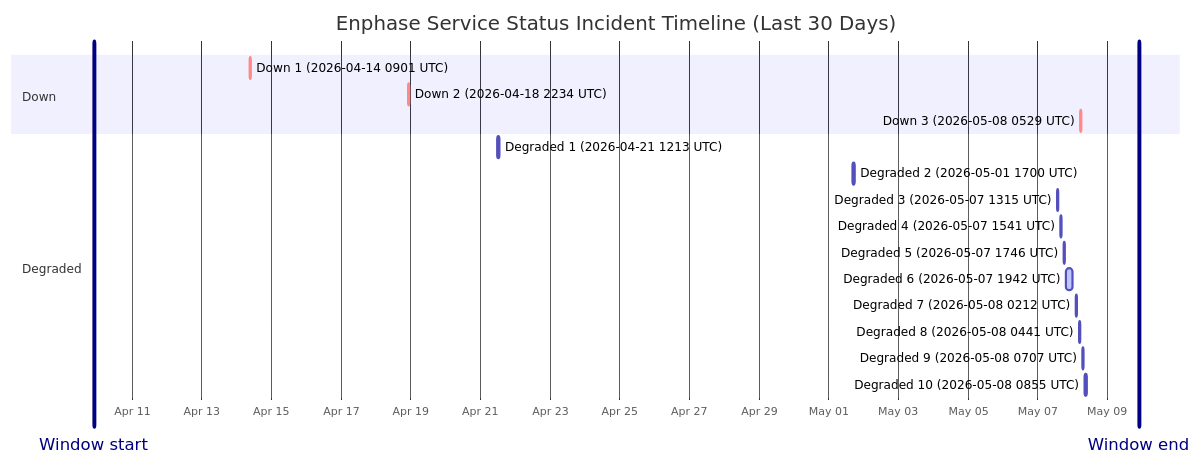
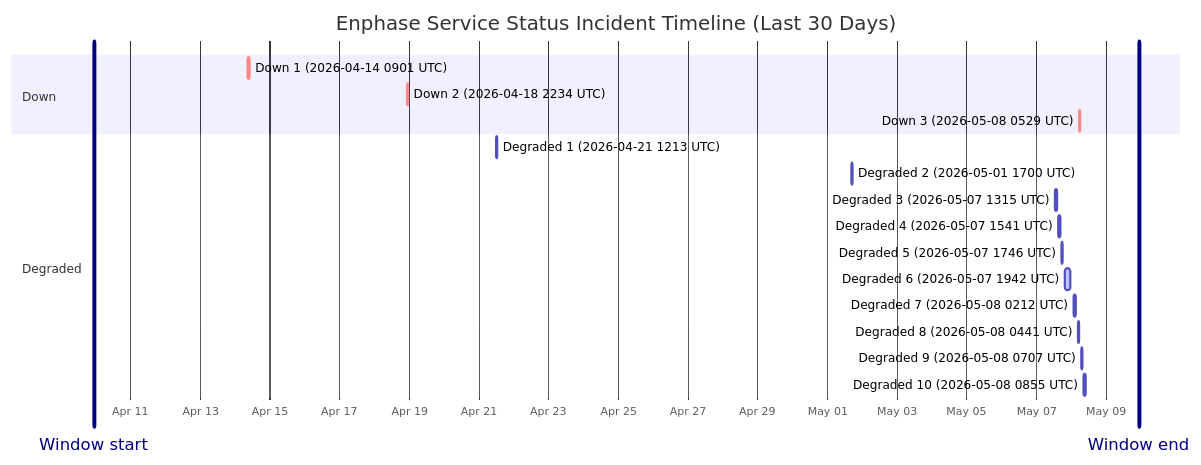
The diagram in wiki/Service-Status-History.md (barneyonline/ha-enphase-ev-charger), drawn with Mermaid before and after one commit. The commit also changed other lines of this file and 3 other files, not shown here.

````diff
--- a/wiki/Service-Status-History.md
+++ b/wiki/Service-Status-History.md
@@ -14,23 +14,23 @@
 ```mermaid
 gantt
     title Enphase Service Status Incident Timeline (Last 30 Days)
     dateFormat  YYYY-MM-DDTHH:mm:ss
     axisFormat  %b %d
-    Window start :vert, window-start, 2026-04-09T21:41:43, 0ms
-    Window end :vert, window-end, 2026-05-09T21:41:43, 0ms
+    Window start :vert, window-start, 2026-04-09T22:42:08, 0ms
+    Window end :vert, window-end, 2026-05-09T22:42:08, 0ms
     section Down
     Down 1 (2026-04-14 0901 UTC) :crit, down-1, 2026-04-14T09:01:13, 60m
     Down 2 (2026-04-18 2234 UTC) :crit, down-2, 2026-04-18T22:34:13, 60m
     Down 3 (2026-05-08 0529 UTC) :crit, down-3, 2026-05-08T05:29:47, 60m
     section Degraded
     Degraded 1 (2026-04-21 1213 UTC) :active, degraded-1, 2026-04-21T12:13:11, 60m
     Degraded 2 (2026-05-01 1700 UTC) :active, degraded-2, 2026-05-01T17:00:22, 60m
     Degraded 3 (2026-05-07 1315 UTC) :active, degraded-3, 2026-05-07T13:15:25, 60m
     Degraded 4 (2026-05-07 1541 UTC) :active, degraded-4, 2026-05-07T15:41:58, 60m
     Degraded 5 (2026-05-07 1746 UTC) :active, degraded-5, 2026-05-07T17:46:51, 60m
     Degraded 6 (2026-05-07 1942 UTC) :active, degraded-6, 2026-05-07T19:42:10, 249m
     Degraded 7 (2026-05-08 0212 UTC) :active, degraded-7, 2026-05-08T02:12:39, 60m
     Degraded 8 (2026-05-08 0441 UTC) :active, degraded-8, 2026-05-08T04:41:46, 60m
     Degraded 9 (2026-05-08 0707 UTC) :active, degraded-9, 2026-05-08T07:07:30, 60m
     Degraded 10 (2026-05-08 0855 UTC) :active, degraded-10, 2026-05-08T08:55:20, 88m
 ```
````
